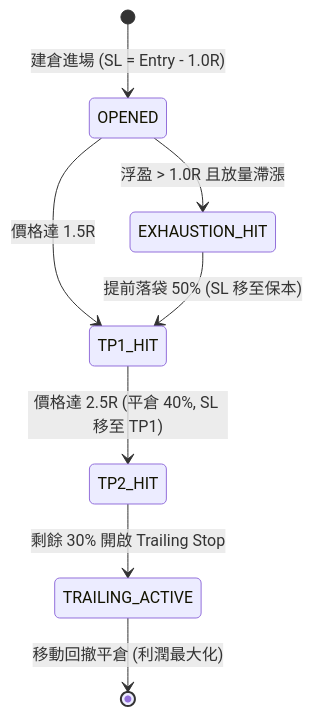
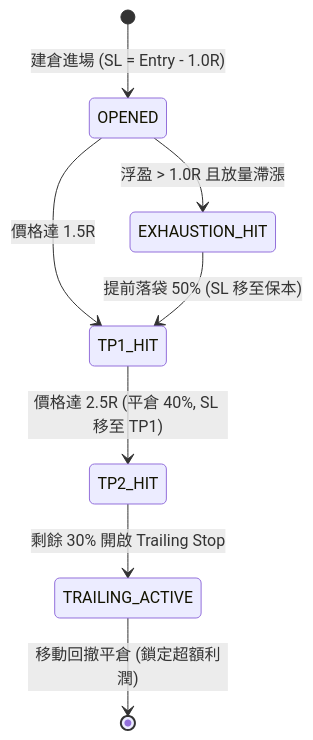
The second of 3 diagrams in docs/research/vbt-harvested-alpha-expansion-plan.md (dimx9173/vibe-trading-encyc), drawn with Mermaid before and after one commit. The commit also changed other lines of this file, not shown here.

````diff
--- a/docs/research/vbt-harvested-alpha-expansion-plan.md
+++ b/docs/research/vbt-harvested-alpha-expansion-plan.md
@@ -69,10 +79,10 @@
 ```mermaid
 stateDiagram-v2
     [*] --> OPENED : 建倉進場 (SL = Entry - 1.0R)
     OPENED --> TP1_HIT : 價格達 1.5R
     OPENED --> EXHAUSTION_HIT : 浮盈 > 1.0R 且放量滯漲
     EXHAUSTION_HIT --> TP1_HIT : 提前落袋 50% (SL 移至保本)
     TP1_HIT --> TP2_HIT : 價格達 2.5R (平倉 40%, SL 移至 TP1)
     TP2_HIT --> TRAILING_ACTIVE : 剩餘 30% 開啟 Trailing Stop
-    TRAILING_ACTIVE --> [*] : 移動回撤平倉 (利潤最大化)
+    TRAILING_ACTIVE --> [*] : 移動回撤平倉 (鎖定超額利潤)
 ```
````
